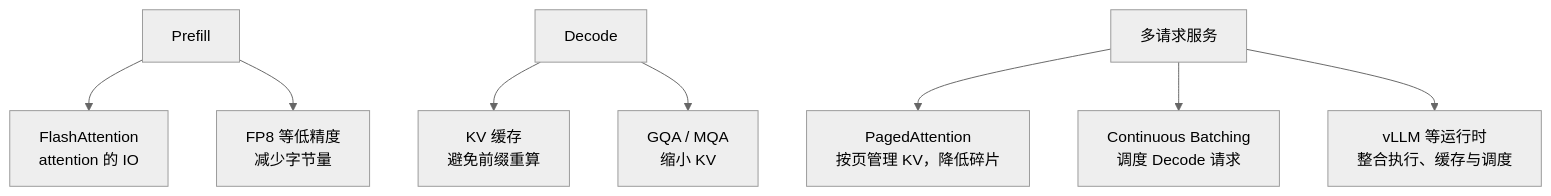
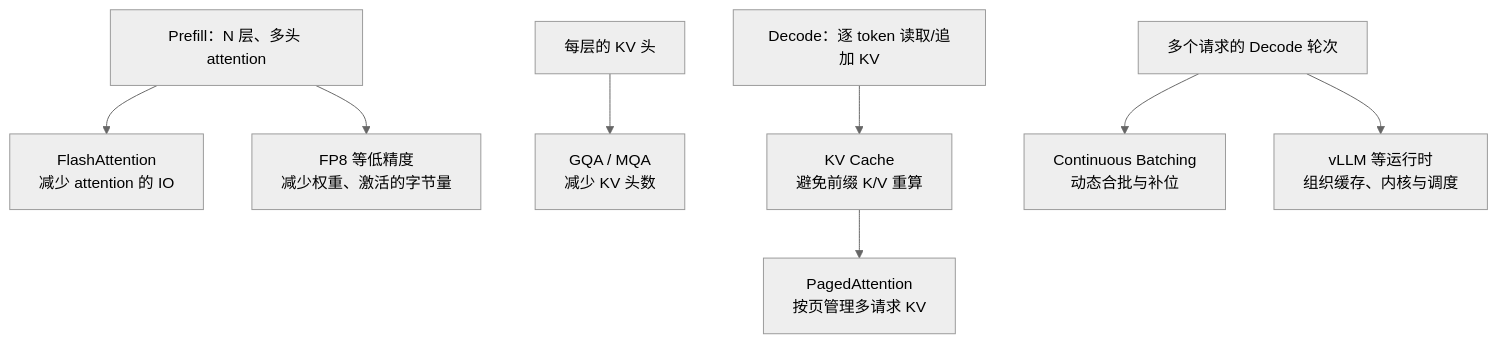
One commit to yeasy/llm_internals changed the sixth of 6 diagrams in 03_components/3.8_gpt_inference_flow.md. Above: the diagram before and after it, drawn with Mermaid (neutral theme). The commit also changed other lines of this file, not shown here.

Commit message:
docs(llm): clarify transformer inference flow

````diff
--- a/03_components/3.8_gpt_inference_flow.md
+++ b/03_components/3.8_gpt_inference_flow.md
@@ -291,10 +302,10 @@
 ```mermaid
 flowchart TB
-    prefill["Prefill"] --> flash["FlashAttention<br/>attention 的 IO"]
-    prefill --> fp8["FP8 等低精度<br/>减少字节量"]
-    decode["Decode"] --> cache["KV 缓存<br/>避免前缀重算"]
-    decode --> gqa["GQA / MQA<br/>缩小 KV"]
-    service["多请求服务"] --> paged["PagedAttention<br/>按页管理 KV，降低碎片"]
-    service --> batch["Continuous Batching<br/>调度 Decode 请求"]
-    service --> vllm["vLLM 等运行时<br/>整合执行、缓存与调度"]
+    prefill["Prefill：N 层、多头 attention"] --> flash["FlashAttention<br/>减少 attention 的 IO"]
+    prefill --> fp8["FP8 等低精度<br/>减少权重、激活的字节量"]
+    heads["每层的 KV 头"] --> gqa["GQA / MQA<br/>减少 KV 头数"]
+    decode["Decode：逐 token 读取/追加 KV"] --> cache["KV Cache<br/>避免前缀 K/V 重算"]
+    cache --> paged["PagedAttention<br/>按页管理多请求 KV"]
+    service["多个请求的 Decode 轮次"] --> batch["Continuous Batching<br/>动态合批与补位"]
+    service --> runtime["vLLM 等运行时<br/>组织缓存、内核与调度"]
 ```
````
